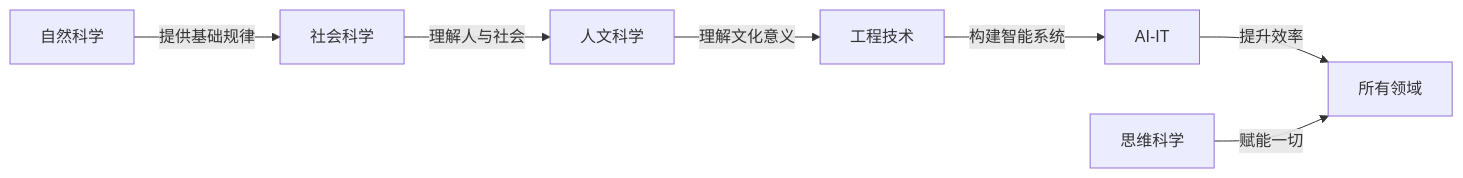
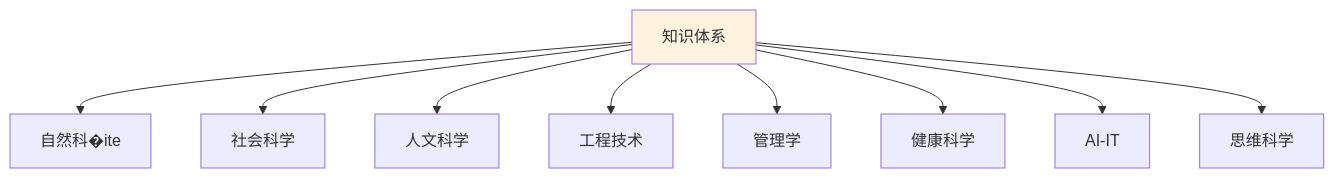
The first of 2 diagrams in content/index.md (wxyClark/wxyClark.github.io), drawn with Mermaid before and after one commit. The commit also changed other lines of this file and 190 other files, not shown here.

````diff
--- a/content/index.md
+++ b/content/index.md
@@ -222,9 +20,13 @@
 ```mermaid
-graph LR
-    NS[自然科学] -->|提供基础规律| SS[社会科学]
-    SS -->|理解人与社会| HUM[人文科学]
-    HUM -->|理解文化意义| ENG[工程技术]
-    ENG -->|构建智能系统| AI[AI-IT]
-    AI -->|提升效率| ALL[所有领域]
-    THK[思维科学] -->|赋能一切| ALL
+graph TB
+    ROOT[知识体系] --> NS[自然科�ite]
+    ROOT --> SS[社会科学]
+    ROOT --> HUM[人文科学]
+    ROOT --> ENG[工程技术]
+    ROOT --> MGT[管理学]
+    ROOT --> HLT[健康科学]
+    ROOT --> AI[AI-IT]
+    ROOT --> THK[思维科学]
+
+    style ROOT fill:#fff3e0
 ```
````
